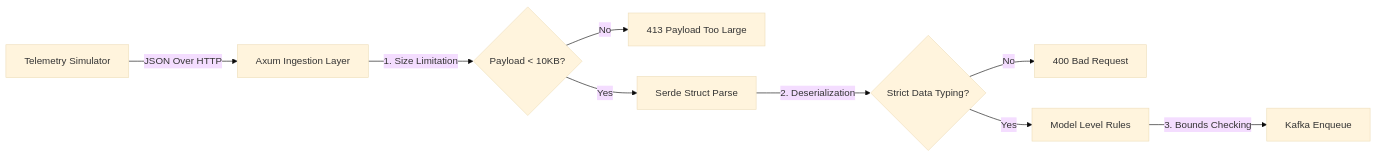
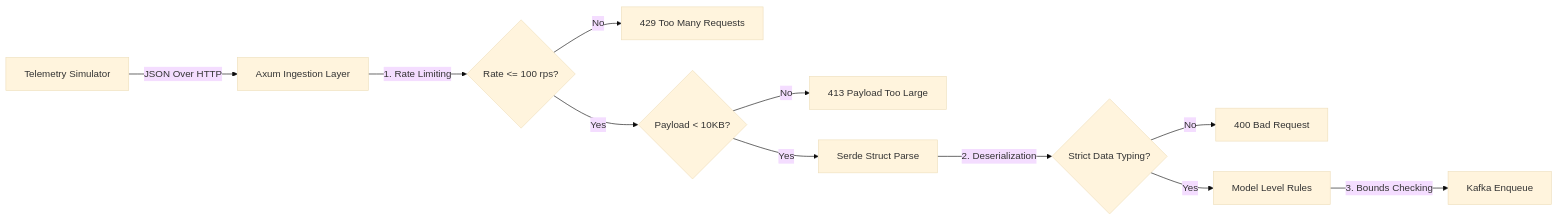
The diagram in docs/design/security.md (sarkarbikram90/OrbitLogs), drawn with Mermaid (base theme) before and after one commit. The commit also changed other lines of this file and 2260 other files, not shown here.

````diff
--- a/docs/design/security.md
+++ b/docs/design/security.md
@@ -11,11 +11,13 @@
 ```mermaid
 flowchart LR
     Client[Telemetry Simulator] -->|JSON Over HTTP| Ingress[Axum Ingestion Layer]
-    Ingress -->|1. Size Limitation| SizeCheck{Payload < 10KB?}
+    Ingress -->|1. Rate Limiting| RateCheck{Rate <= 100 rps?}
+    RateCheck -->|No| Reject429[429 Too Many Requests]
+    RateCheck -->|Yes| SizeCheck{Payload < 10KB?}
     SizeCheck -->|No| Reject[413 Payload Too Large]
     SizeCheck -->|Yes| Parse[Serde Struct Parse]
     Parse -->|2. Deserialization| ModelCheck{Strict Data Typing?}
     ModelCheck -->|No| Reject400[400 Bad Request]
     ModelCheck -->|Yes| Validate[Model Level Rules]
     Validate -->|3. Bounds Checking| DBWrite[Kafka Enqueue]
 ```
````
